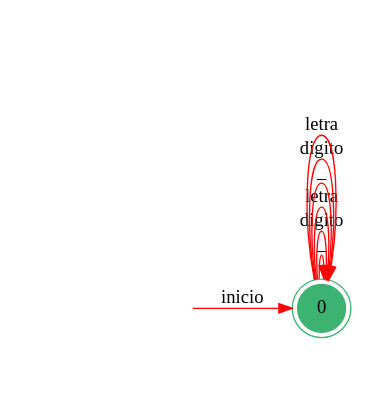
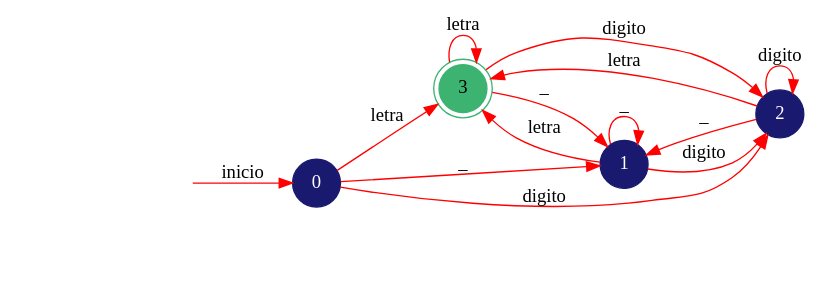
The diagram in Compi1Proyecto1/AFD.dot (AhiezerRamirez/Compi1Proyecto1), drawn with Graphviz before and after one commit. The commit also changed 6 other files, not shown here.

```diff
--- a/Compi1Proyecto1/AFD.dot
+++ b/Compi1Proyecto1/AFD.dot
@@ -1,15 +1,21 @@
 digraph AFD {
 	rankdir=LR;
-	node [shape=doublecircle, style = filled,color = mediumseagreen]; "0";
+	node [shape=doublecircle, style = filled,color = mediumseagreen]; "3";
 	node [shape=circle];
 	node [color=midnightblue,fontcolor=white];
 	edge [color=red];
 	secret_node [style=invis];
 	secret_node -> "0" [label="inicio"];
-	"0" -> "0" [label="_"];
-	"0" -> "0" [label="digito"];
-	"0" -> "0" [label="letra"];
-	"0" -> "0" [label="_"];
-	"0" -> "0" [label="digito"];
-	"0" -> "0" [label="letra"];
+	"0" -> "1" [label="_"];
+	"0" -> "2" [label="digito"];
+	"0" -> "3" [label="letra"];
+	"1" -> "1" [label="_"];
+	"1" -> "2" [label="digito"];
+	"1" -> "3" [label="letra"];
+	"2" -> "1" [label="_"];
+	"2" -> "2" [label="digito"];
+	"2" -> "3" [label="letra"];
+	"3" -> "1" [label="_"];
+	"3" -> "2" [label="digito"];
+	"3" -> "3" [label="letra"];
 }
```
